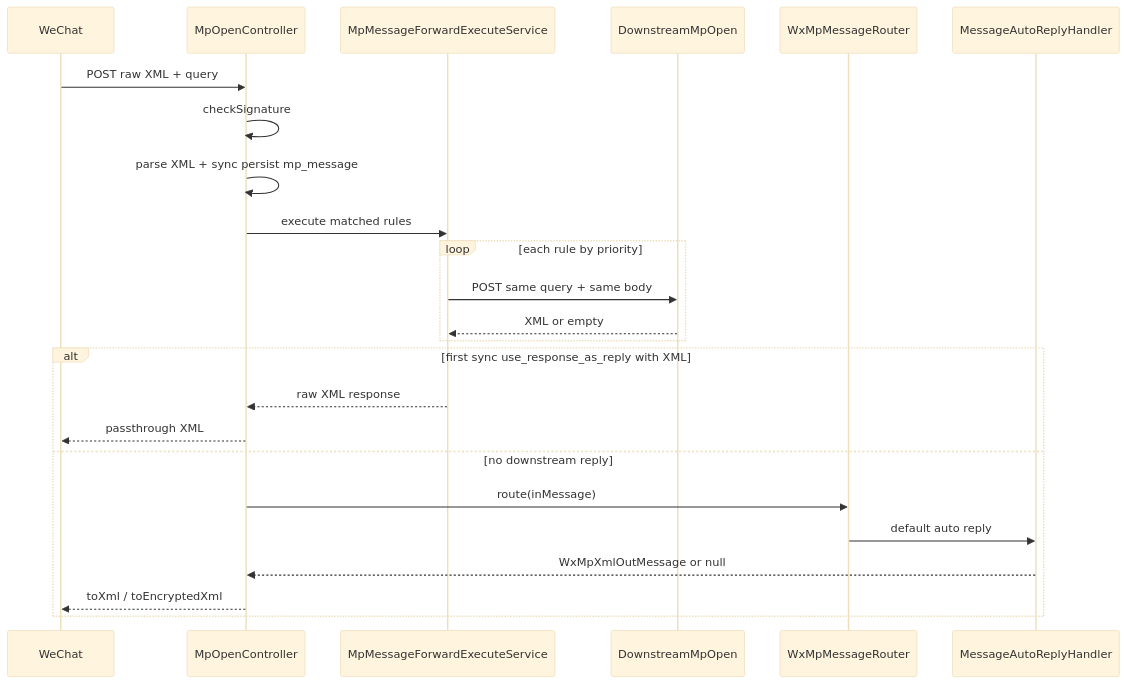
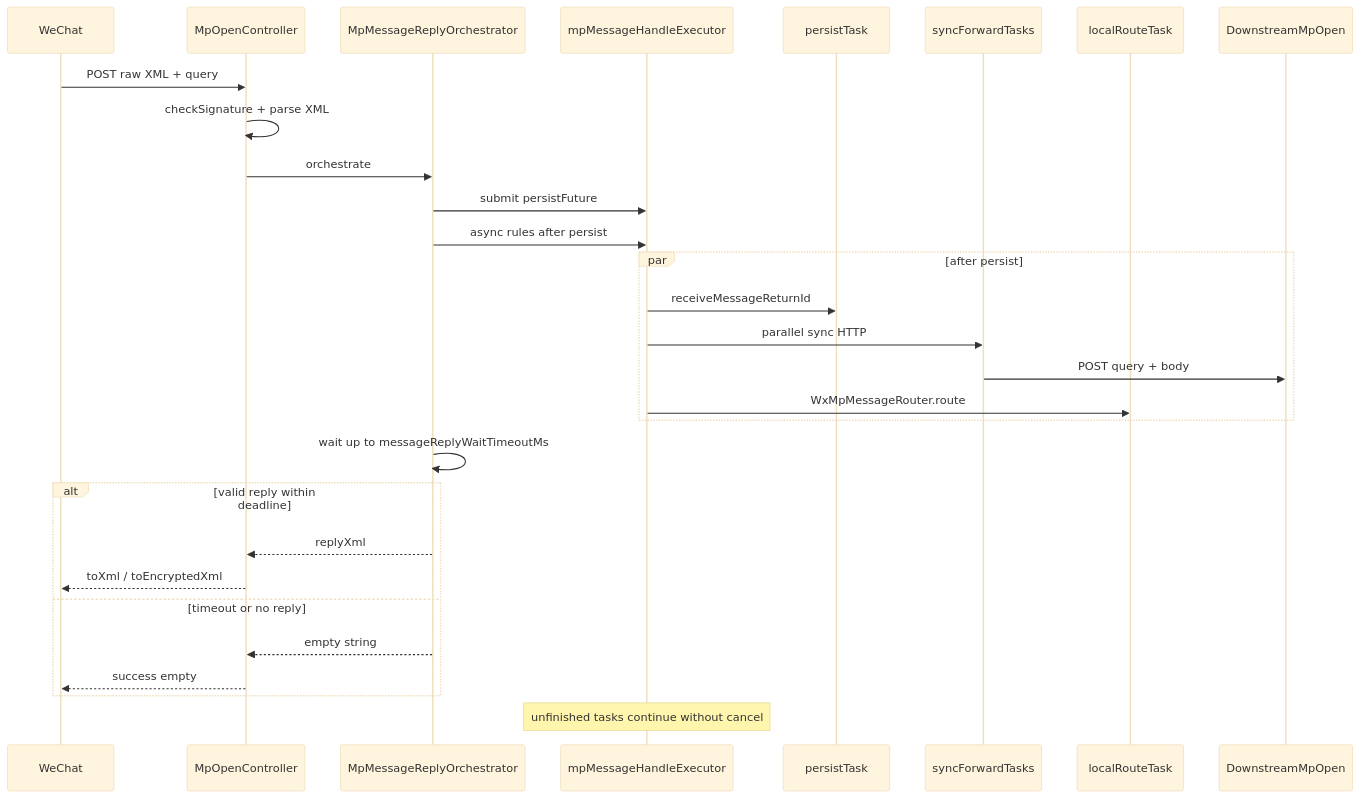
Before and after one commit to fan-stars/wechat-messages-server: the first of 3 diagrams in fan-module-mp/docs/mp-message-forward-design.md, drawn with Mermaid (base theme). The commit also changed other lines of this file and 12 other files, not shown here.

````diff
--- a/fan-module-mp/docs/mp-message-forward-design.md
+++ b/fan-module-mp/docs/mp-message-forward-design.md
@@ -94,27 +94,32 @@
 ```mermaid
 sequenceDiagram
     participant WeChat
     participant MpOpen as MpOpenController
-    participant Forward as MpMessageForwardExecuteService
+    participant Orch as MpMessageReplyOrchestrator
+    participant Pool as mpMessageHandleExecutor
+    participant Persist as persistTask
+    participant Forward as syncForwardTasks
+    participant Local as localRouteTask
     participant Downstream as DownstreamMpOpen
-    participant Router as WxMpMessageRouter
-    participant AutoReply as MessageAutoReplyHandler
 
     WeChat->>MpOpen: POST raw XML + query
-    MpOpen->>MpOpen: checkSignature
-    MpOpen->>MpOpen: parse XML + sync persist mp_message
-    MpOpen->>Forward: execute matched rules
-    loop each rule by priority
-        Forward->>Downstream: POST same query + same body
-        Downstream-->>Forward: XML or empty
+    MpOpen->>MpOpen: checkSignature + parse XML
+    MpOpen->>Orch: orchestrate
+    Orch->>Pool: submit persistFuture
+    Orch->>Pool: async rules after persist
+    par after persist
+        Pool->>Persist: receiveMessageReturnId
+        Pool->>Forward: parallel sync HTTP
+        Forward->>Downstream: POST query + body
+        Pool->>Local: WxMpMessageRouter.route
     end
-    alt first sync use_response_as_reply with XML
-        Forward-->>MpOpen: raw XML response
-        MpOpen-->>WeChat: passthrough XML
-    else no downstream reply
-        MpOpen->>Router: route(inMessage)
-        Router->>AutoReply: default auto reply
-        AutoReply-->>MpOpen: WxMpXmlOutMessage or null
+    Orch->>Orch: wait up to messageReplyWaitTimeoutMs
+    alt valid reply within deadline
+        Orch-->>MpOpen: replyXml
         MpOpen-->>WeChat: toXml / toEncryptedXml
+    else timeout or no reply
+        Orch-->>MpOpen: empty string
+        MpOpen-->>WeChat: success empty
     end
+    Note over Pool: unfinished tasks continue without cancel
 ```
````
